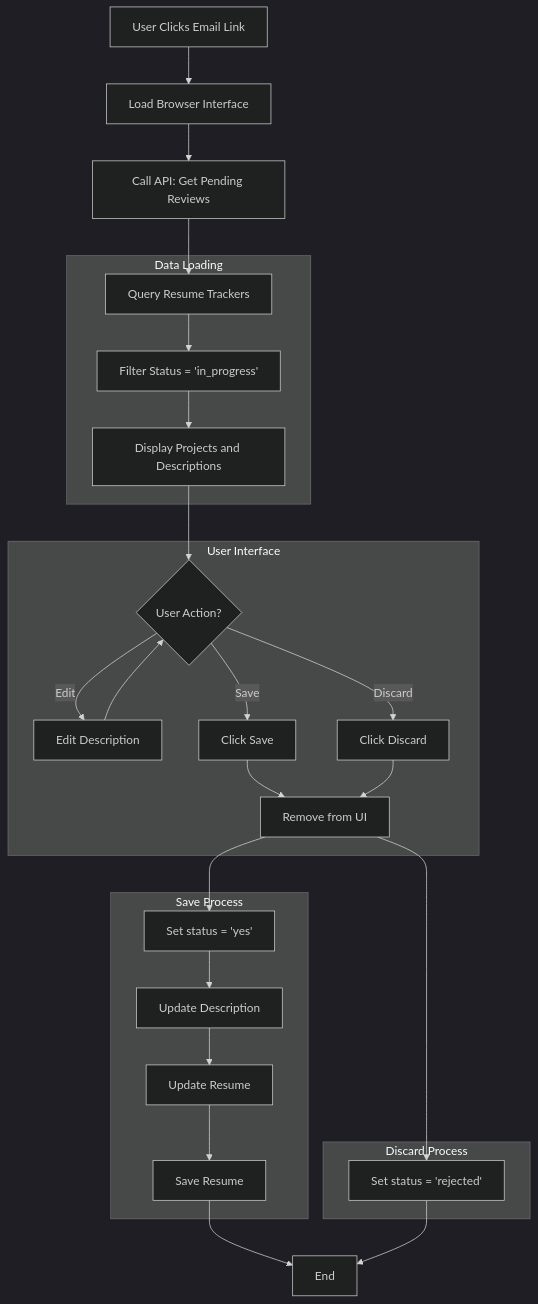
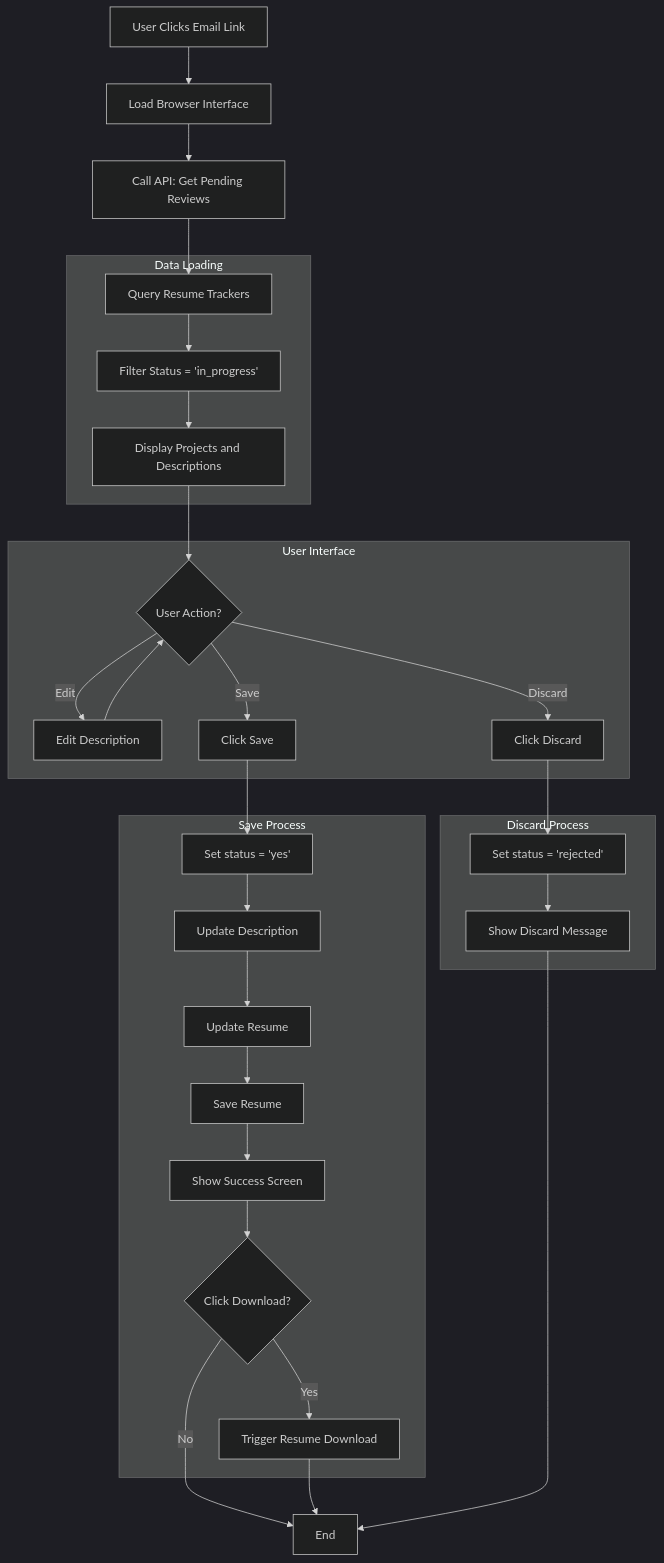
The third of 5 diagrams in design_doc2.md (microsoft/auto-resume-builder), drawn with Mermaid (dark theme) before and after one commit.

````diff
--- a/design_doc2.md
+++ b/design_doc2.md
@@ -205,62 +205,72 @@
 ```mermaid
 flowchart TD
     %% Initial Load
     Start[User Clicks Email Link]
     A[Load Browser Interface]
     B[Call API: Get Pending Reviews]
 
     %% Query and Display
     subgraph Data_Load[Data Loading]
         C[Query Resume Trackers]
         D[Filter Status = 'in_progress']
         E[Display Projects and Descriptions]
     end
 
     %% User Actions
     subgraph User_Interface[User Interface]
         F{User Action?}
         G[Edit Description]
         H[Click Save]
         I[Click Discard]
-        UI[Remove from UI]
     end
 
     %% Save Flow
     subgraph Save_Process[Save Process]
         S1[Set status = 'yes']
         S2[Update Description]
         S3[Update Resume]
         S4[Save Resume]
+        S5[Show Success Screen]
+        S6{Click Download?}
+        S7[Trigger Resume Download]
     end
 
     %% Discard Flow
     subgraph Discard_Process[Discard Process]
         D1[Set status = 'rejected']
+        D2[Show Discard Message]
     end
 
     End[End]
 
     %% Flow Connections
     Start --> A
     A --> B
     B --> C
     C --> D
     D --> E
     E --> F
 
     F -->|Edit| G
     G --> F
     
+    %% Save path with success screen and download option
     F -->|Save| H
-    H --> UI
-    UI --> S1
+    H --> S1
     S1 --> S2
     S2 --> S3
     S3 --> S4
-    S4 --> End
+    S4 --> S5
+    S5 --> S6
+    S6 -->|Yes| S7
+    S6 -->|No| End
+    S7 --> End
     
+    %% Discard path with feedback message
     F -->|Discard| I
-    I --> UI
-    UI --> D1
-    D1 --> End
+    I --> D1
+    D1 --> D2
+    D2 --> End
+
+
 ```
````
